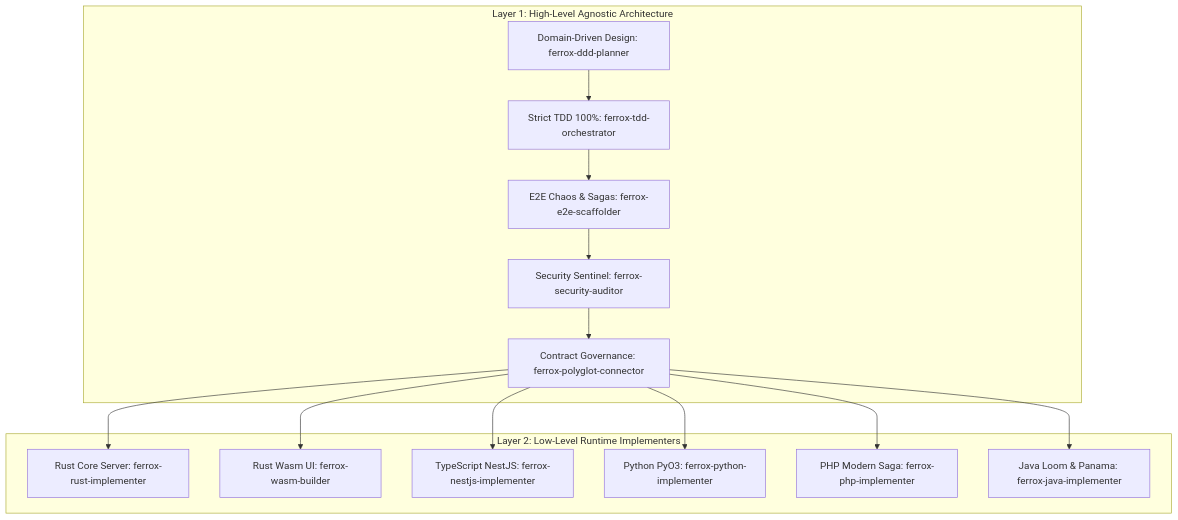
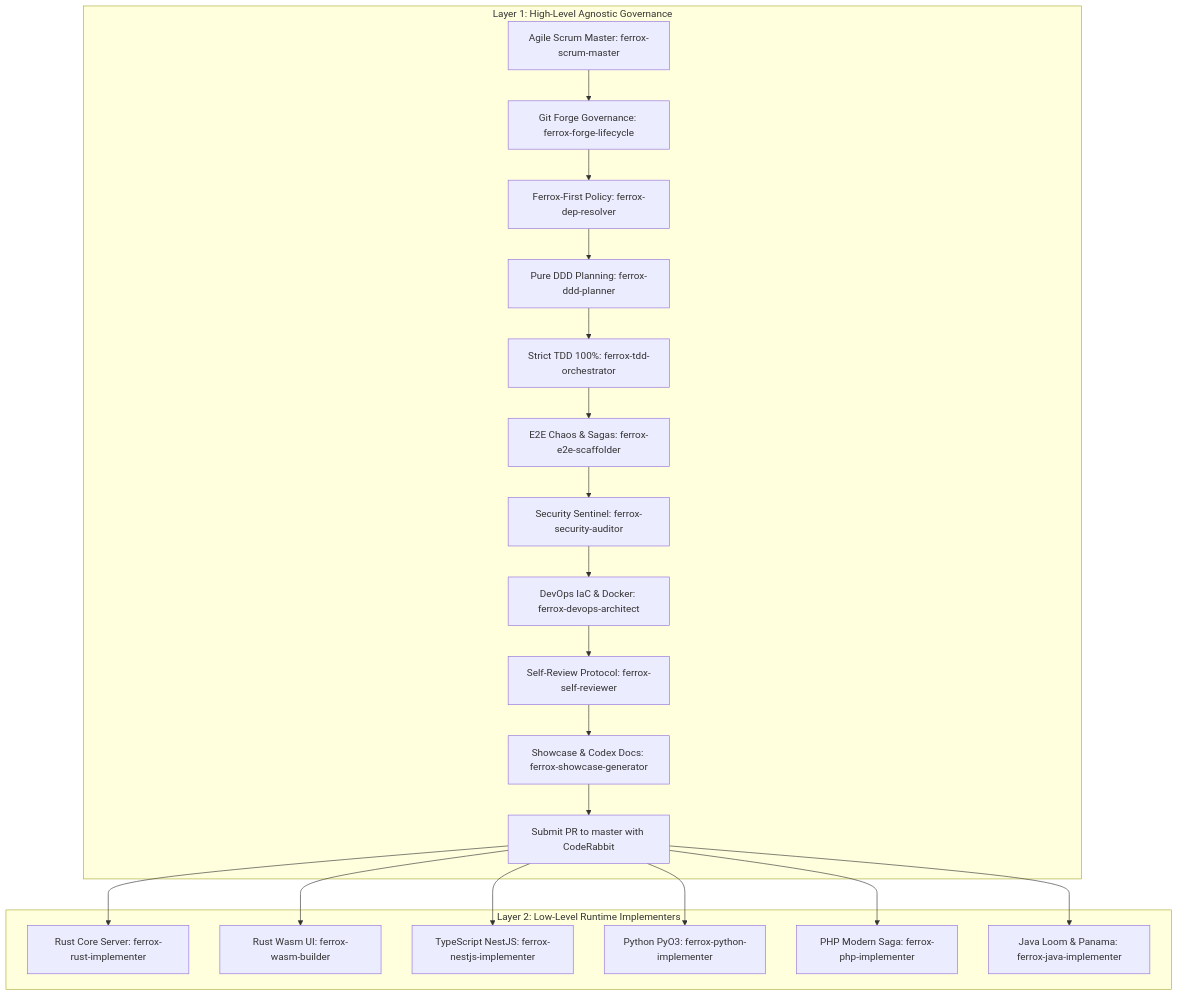
One commit to AI-Autistic-Intelligence/ferrox-agent-toolkit changed the diagram in AGENTS.md. Above: the diagram before and after it, drawn with Mermaid. The commit also changed other lines of this file and 31 other files, not shown here.

Commit message:
feat: add Agile Scrum orchestrator, Ferrox-First policy, DevOps IaC, Git forge governance, and Self-Review skills

````diff
--- a/AGENTS.md
+++ b/AGENTS.md
@@ -6,18 +6,24 @@
 ```mermaid
 graph TD
-    subgraph Layer 1: High-Level Agnostic Architecture
-        DDD[Domain-Driven Design: ferrox-ddd-planner] --> TDD[Strict TDD 100%: ferrox-tdd-orchestrator]
-        TDD --> E2E[E2E Chaos & Sagas: ferrox-e2e-scaffolder]
-        E2E --> Sec[Security Sentinel: ferrox-security-auditor]
-        Sec --> Gov[Contract Governance: ferrox-polyglot-connector]
+    subgraph Layer 1: High-Level Agnostic Governance
+        Scrum[Agile Scrum Master: ferrox-scrum-master] --> Forge[Git Forge Governance: ferrox-forge-lifecycle]
+        Forge --> Dep[Ferrox-First Policy: ferrox-dep-resolver]
+        Dep --> DDD[Pure DDD Planning: ferrox-ddd-planner]
+        DDD --> TDD[Strict TDD 100%: ferrox-tdd-orchestrator]
+        TDD --> Chaos[E2E Chaos & Sagas: ferrox-e2e-scaffolder]
+        Chaos --> Sec[Security Sentinel: ferrox-security-auditor]
+        Sec --> DevOps[DevOps IaC & Docker: ferrox-devops-architect]
+        DevOps --> Review[Self-Review Protocol: ferrox-self-reviewer]
+        Review --> Showcase[Showcase & Codex Docs: ferrox-showcase-generator]
+        Showcase --> PR[Submit PR to master with CodeRabbit]
     end
 
     subgraph Layer 2: Low-Level Runtime Implementers
-        Gov --> R1[Rust Core Server: ferrox-rust-implementer]
-        Gov --> R2[Rust Wasm UI: ferrox-wasm-builder]
-        Gov --> R3[TypeScript NestJS: ferrox-nestjs-implementer]
-        Gov --> R4[Python PyO3: ferrox-python-implementer]
-        Gov --> R5[PHP Modern Saga: ferrox-php-implementer]
-        Gov --> R6[Java Loom & Panama: ferrox-java-implementer]
+        PR --> R1[Rust Core Server: ferrox-rust-implementer]
+        PR --> R2[Rust Wasm UI: ferrox-wasm-builder]
+        PR --> R3[TypeScript NestJS: ferrox-nestjs-implementer]
+        PR --> R4[Python PyO3: ferrox-python-implementer]
+        PR --> R5[PHP Modern Saga: ferrox-php-implementer]
+        PR --> R6[Java Loom & Panama: ferrox-java-implementer]
     end
 ```
````
